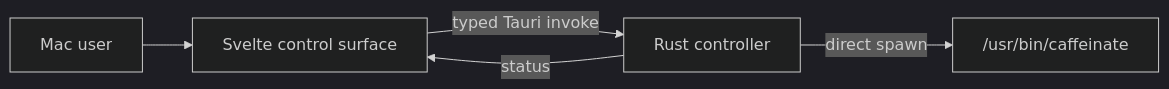
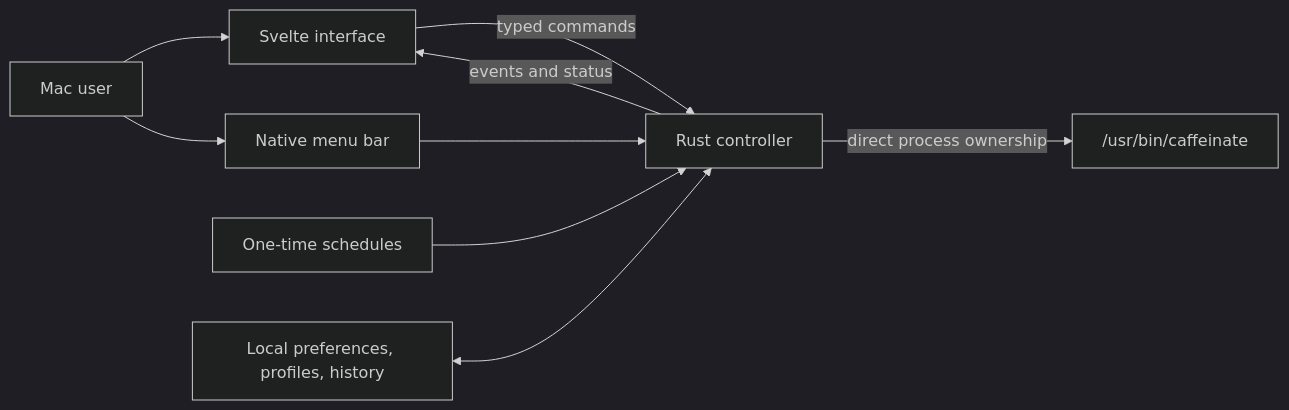
The diagram in README.md (AungMyoKyaw/caffeinate-app), drawn with Mermaid (dark theme) before and after one commit. The commit also changed other lines of this file and 232 other files, not shown here.

````diff
--- a/README.md
+++ b/README.md
@@ -26,7 +104,11 @@
 ```mermaid
 flowchart LR
-  U[Mac user] --> S[Svelte control surface]
-  S -->|typed Tauri invoke| R[Rust controller]
-  R -->|direct spawn| C["/usr/bin/caffeinate"]
-  R -->|status| S
+    User["Mac user"] --> Window["Svelte interface"]
+    User --> Menu["Native menu bar"]
+    Window -->|typed commands| Rust["Rust controller"]
+    Menu --> Rust
+    Scheduler["One-time schedules"] --> Rust
+    Store["Local preferences, profiles, history"] <--> Rust
+    Rust -->|direct process ownership| Apple["/usr/bin/caffeinate"]
+    Rust -->|events and status| Window
 ```
````
